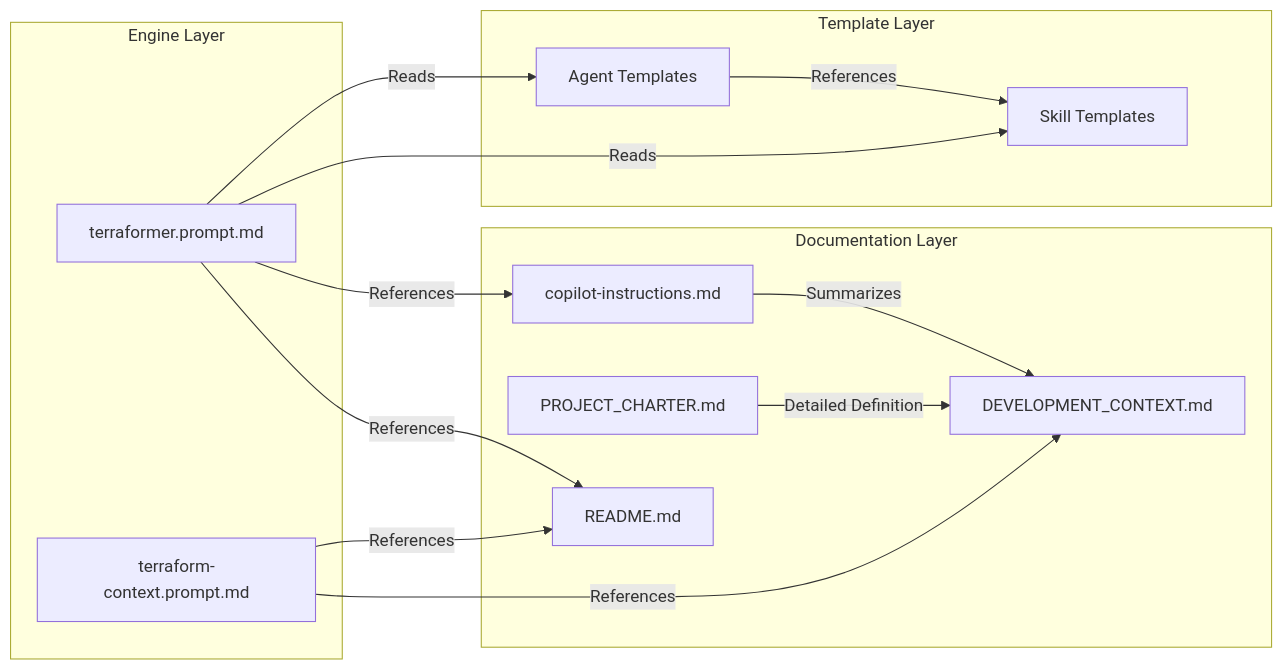
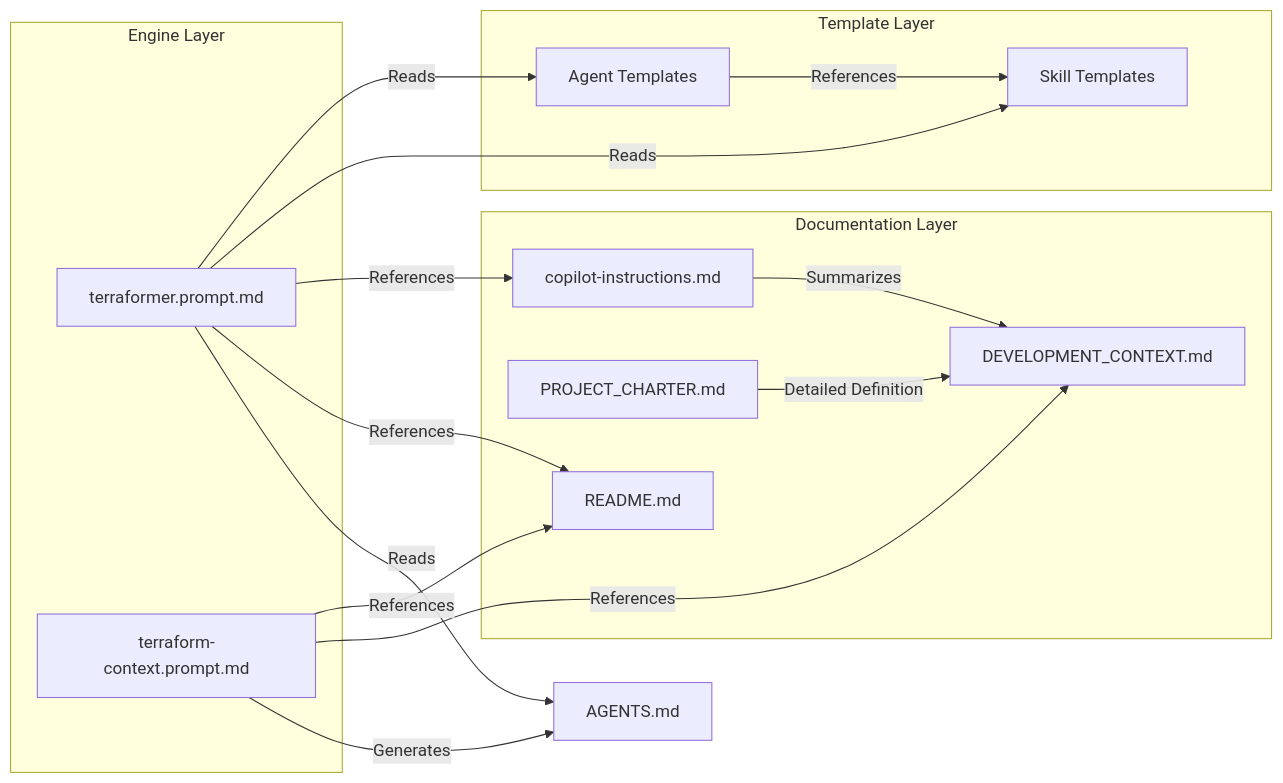
Before and after one commit to LongbowXXX/terraformer: the first of 2 diagrams in agents-docs/directory-structure.md, drawn with Mermaid. The commit also changed 8 other files, not shown here.

Commit message:
feat: introduce ANTP v1.4 Roles & Skills architecture with new documentation and updated generation flow.

````diff
--- a/agents-docs/directory-structure.md
+++ b/agents-docs/directory-structure.md
@@ -127,32 +127,35 @@
 ```mermaid
 graph LR
     subgraph "Engine Layer"
         TF[terraformer.prompt.md]
         TC[terraform-context.prompt.md]
     end
 
     subgraph "Template Layer"
         AT[Agent Templates]
         ST[Skill Templates]
     end
 
     subgraph "Documentation Layer"
         CI[copilot-instructions.md]
         PC[PROJECT_CHARTER.md]
         DC[DEVELOPMENT_CONTEXT.md]
         RM[README.md]
     end
 
     TF -->|Reads| AT
     TF -->|Reads| ST
     TF -->|References| CI
     TF -->|References| RM
 
     TC -->|References| RM
     TC -->|References| DC
+    TC -->|Generates| L3[AGENTS.md]
+
+    TF -->|Reads| L3
 
     AT -->|References| ST
 
     CI -->|Summarizes| DC
     PC -->|Detailed Definition| DC
 ```
````
